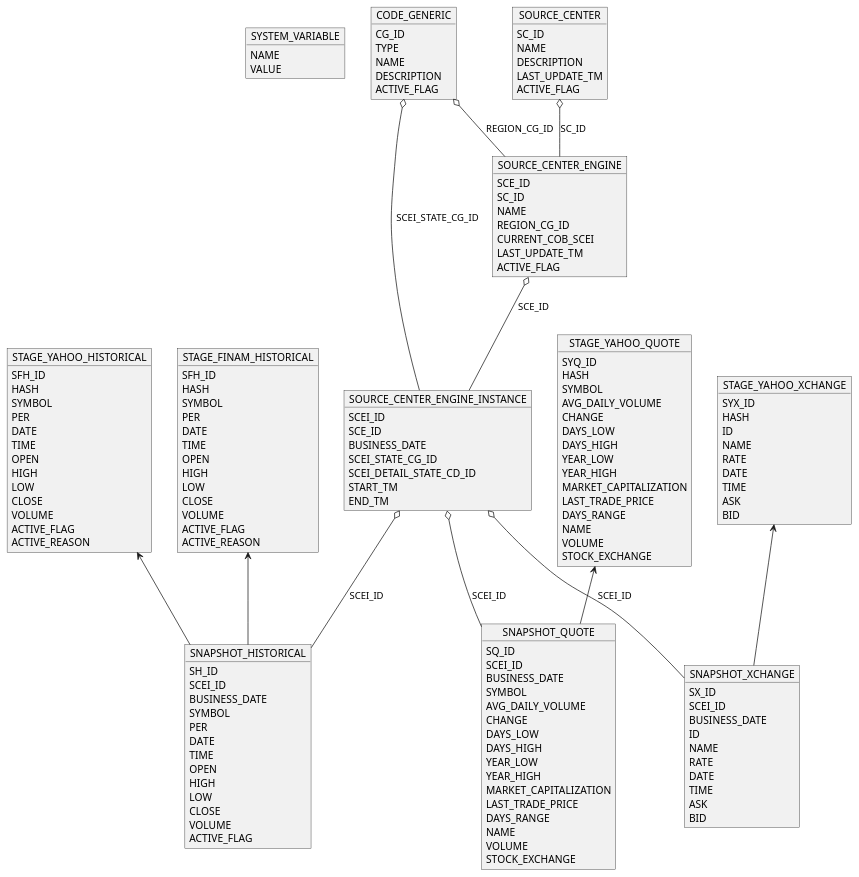
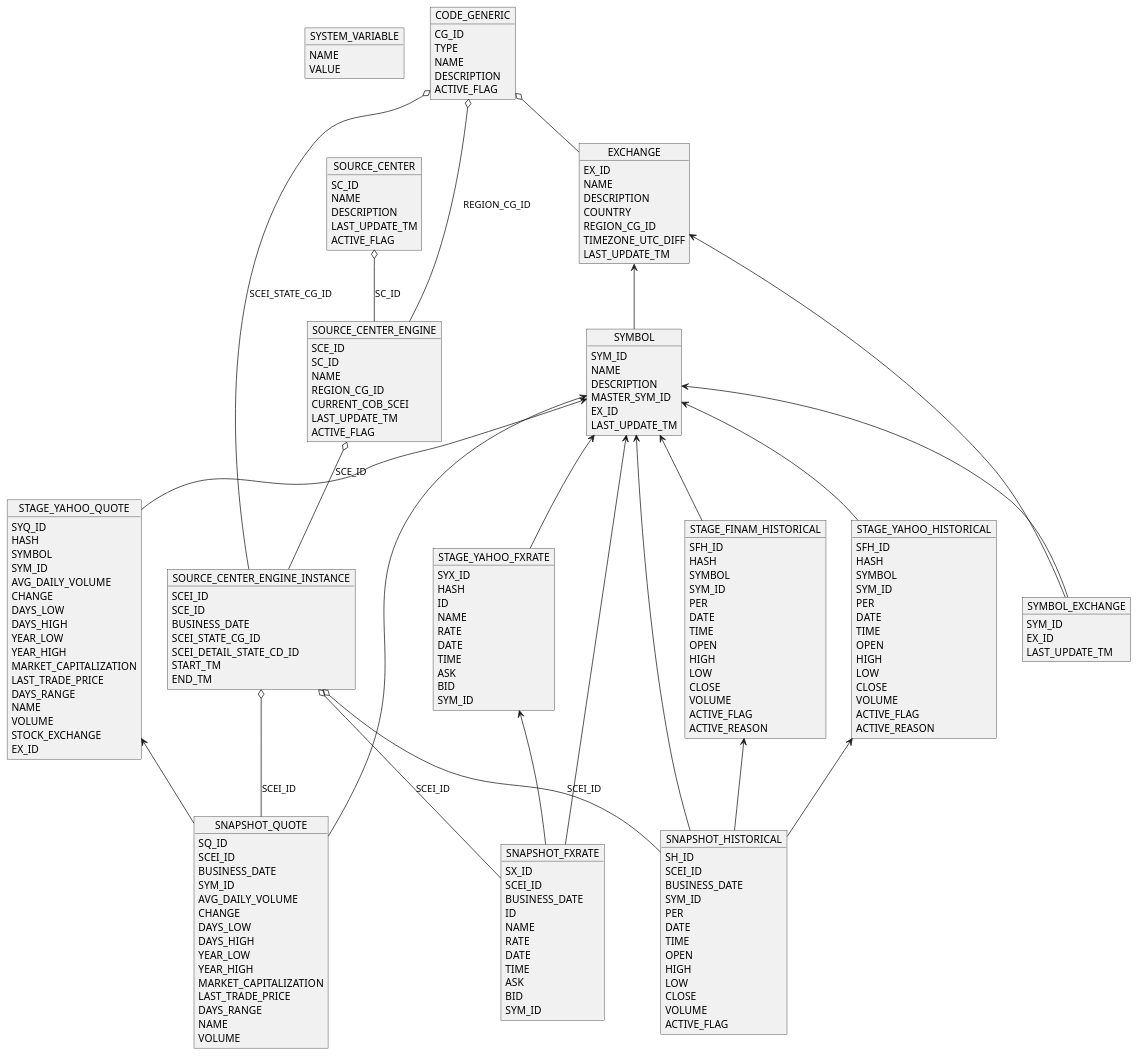
Before and after one commit to vikvorona/stock-exchange-data-collector: the diagram in docs/diagrams/database-diagram.puml, drawn with PlantUML.

Commit message:
update database diagram

```diff
--- a/docs/diagrams/database-diagram.puml
+++ b/docs/diagrams/database-diagram.puml
@@ -51,6 +51,7 @@
   SFH_ID
   HASH
   SYMBOL
+  SYM_ID
   PER
   DATE
   TIME
@@ -67,6 +68,7 @@
   SFH_ID
   HASH
   SYMBOL
+  SYM_ID
   PER
   DATE
   TIME
@@ -83,7 +85,7 @@
   SH_ID
   SCEI_ID
   BUSINESS_DATE
-  SYMBOL
+  SYM_ID
   PER
   DATE
   TIME
@@ -103,6 +105,7 @@
  SYQ_ID
  HASH
  SYMBOL
+ SYM_ID
  AVG_DAILY_VOLUME
  CHANGE
  DAYS_LOW
@@ -115,9 +118,10 @@
  NAME
  VOLUME
  STOCK_EXCHANGE
+ EX_ID
 }
 
-object STAGE_YAHOO_XCHANGE {
+object STAGE_YAHOO_FXRATE {
  SYX_ID
  HASH
  ID
@@ -127,13 +131,14 @@
  TIME
  ASK
  BID
+ SYM_ID
 }
 
 object SNAPSHOT_QUOTE {
  SQ_ID
  SCEI_ID
  BUSINESS_DATE
- SYMBOL
+ SYM_ID
  AVG_DAILY_VOLUME
  CHANGE
  DAYS_LOW
@@ -145,10 +150,9 @@
  DAYS_RANGE
  NAME
  VOLUME
- STOCK_EXCHANGE
 }
 
-object SNAPSHOT_XCHANGE {
+object SNAPSHOT_FXRATE {
  SX_ID
  SCEI_ID
  BUSINESS_DATE
@@ -159,11 +163,52 @@
  TIME
  ASK
  BID
+ SYM_ID
 }
 
 STAGE_YAHOO_QUOTE <-- SNAPSHOT_QUOTE
-STAGE_YAHOO_XCHANGE <-- SNAPSHOT_XCHANGE
+STAGE_YAHOO_FXRATE <-- SNAPSHOT_FXRATE
 
 SOURCE_CENTER_ENGINE_INSTANCE o-- SNAPSHOT_QUOTE: SCEI_ID
-SOURCE_CENTER_ENGINE_INSTANCE o-- SNAPSHOT_XCHANGE: SCEI_ID
+SOURCE_CENTER_ENGINE_INSTANCE o-- SNAPSHOT_FXRATE: SCEI_ID
+
+object SYMBOL {
+ SYM_ID
+ NAME
+ DESCRIPTION
+ MASTER_SYM_ID
+ EX_ID
+ LAST_UPDATE_TM
+}
+
+object EXCHANGE {
+ EX_ID
+ NAME
+ DESCRIPTION
+ COUNTRY
+ REGION_CG_ID
+ TIMEZONE_UTC_DIFF
+ LAST_UPDATE_TM
+}
+
+object SYMBOL_EXCHANGE {
+ SYM_ID
+ EX_ID
+ LAST_UPDATE_TM
+}
+
+SYMBOL <-- SYMBOL_EXCHANGE
+EXCHANGE <-- SYMBOL_EXCHANGE
+EXCHANGE <-- SYMBOL
+
+SYMBOL <-- SNAPSHOT_QUOTE
+SYMBOL <-- STAGE_YAHOO_QUOTE
+SYMBOL <-- STAGE_FINAM_HISTORICAL
+SYMBOL <-- STAGE_YAHOO_HISTORICAL
+SYMBOL <-- SNAPSHOT_HISTORICAL
+SYMBOL <-- STAGE_YAHOO_FXRATE
+SYMBOL <-- SNAPSHOT_FXRATE
+
+CODE_GENERIC o-- EXCHANGE
+
 @enduml
```
